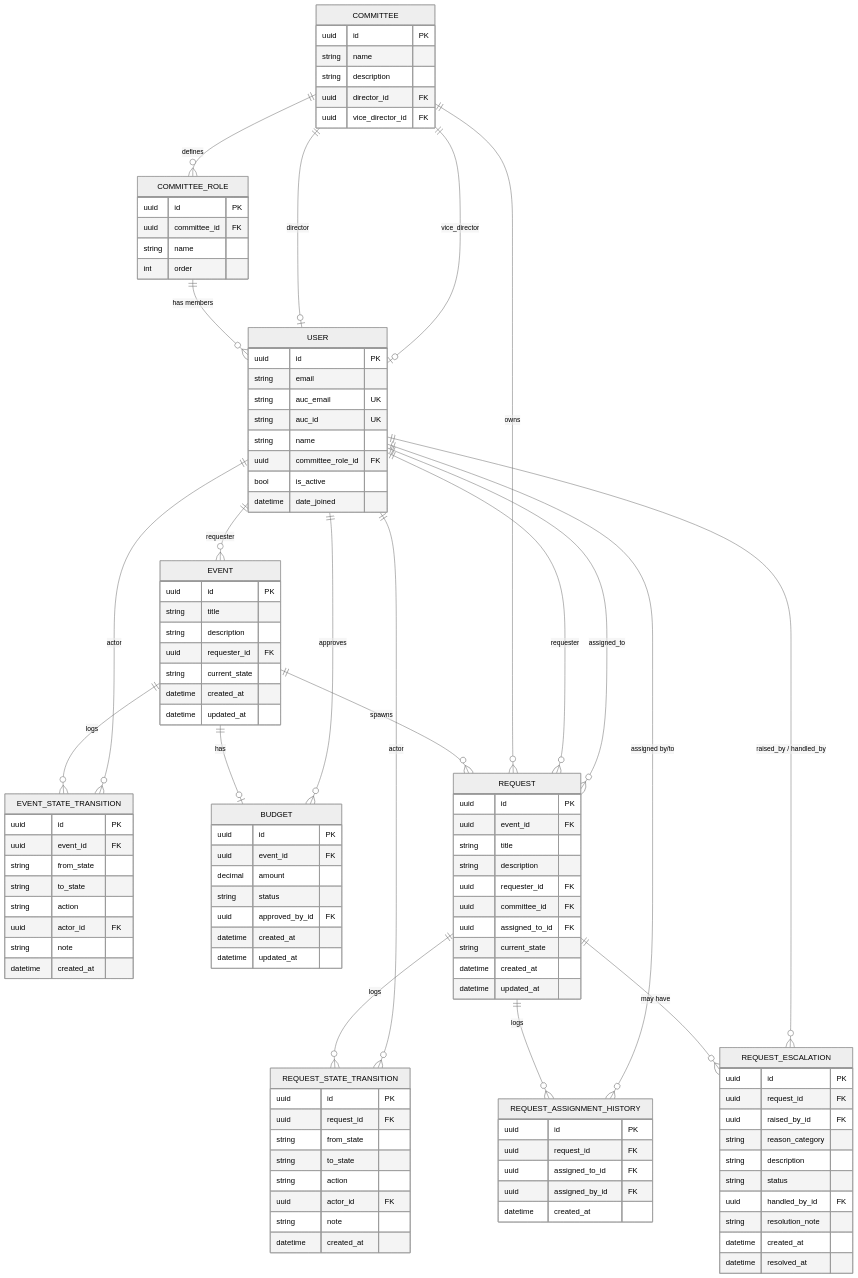
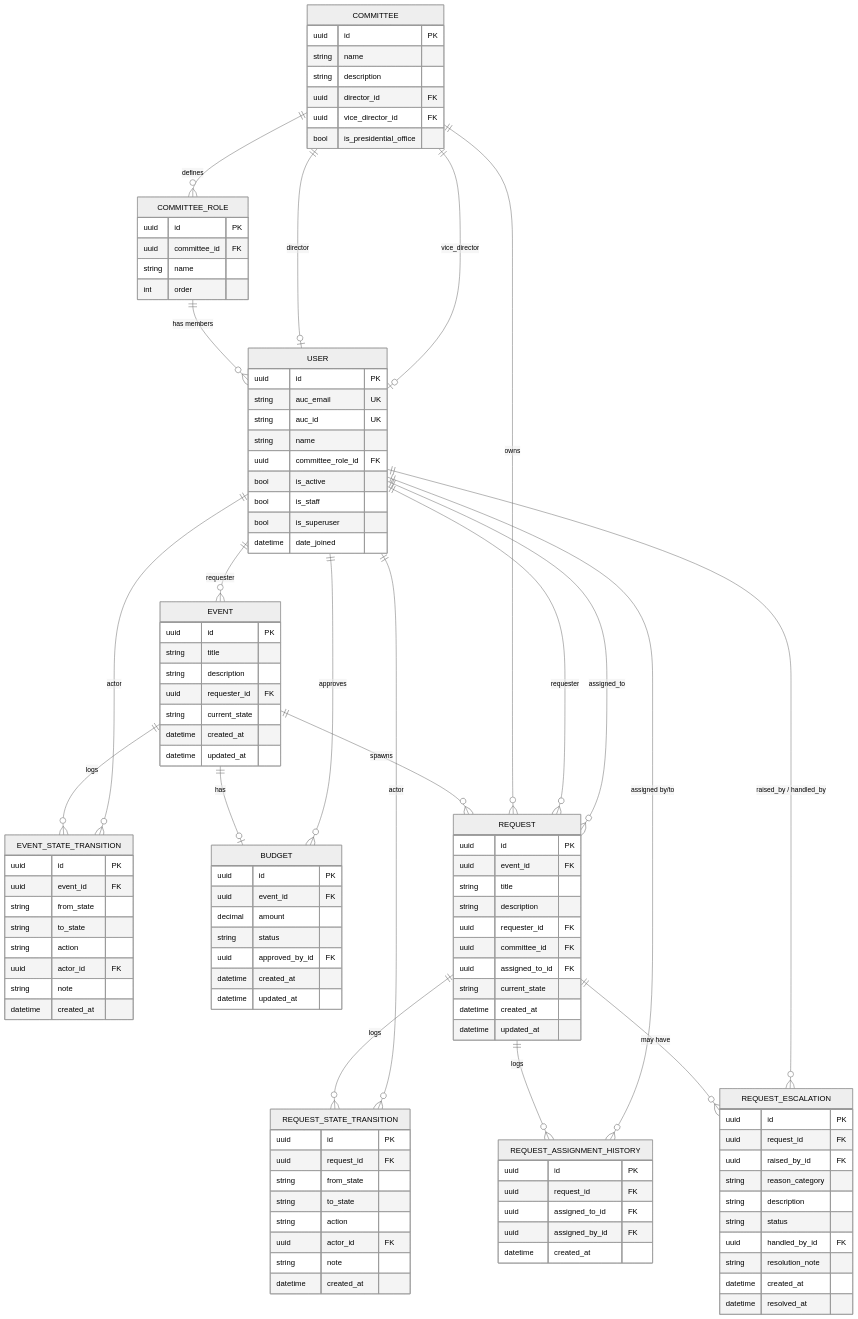
One commit to alyswillam-pixel/resala-platform changed the diagram in docs/diagrams/database/database-schema.mmd. Above: the diagram before and after it, drawn with Mermaid (neutral theme). The commit also changed 1 other file, not shown here.

Commit message:
docs(database): updating database-schema.mmd after admin privilages update

```diff
--- a/docs/diagrams/database/database-schema.mmd
+++ b/docs/diagrams/database/database-schema.mmd
@@ -1,113 +1,115 @@
 erDiagram
     COMMITTEE ||--o{ COMMITTEE_ROLE : "defines"
     COMMITTEE_ROLE ||--o{ USER : "has members"
     COMMITTEE ||--o| USER : "director"
     COMMITTEE ||--o| USER : "vice_director"
     USER ||--o{ EVENT : "requester"
     EVENT ||--o{ EVENT_STATE_TRANSITION : "logs"
     USER ||--o{ EVENT_STATE_TRANSITION : "actor"
     EVENT ||--o| BUDGET : "has"
     USER ||--o{ BUDGET : "approves"
     EVENT ||--o{ REQUEST : "spawns"
     COMMITTEE ||--o{ REQUEST : "owns"
     USER ||--o{ REQUEST : "requester"
     USER ||--o{ REQUEST : "assigned_to"
     REQUEST ||--o{ REQUEST_STATE_TRANSITION : "logs"
     USER ||--o{ REQUEST_STATE_TRANSITION : "actor"
     REQUEST ||--o{ REQUEST_ASSIGNMENT_HISTORY : "logs"
     USER ||--o{ REQUEST_ASSIGNMENT_HISTORY : "assigned by/to"
     REQUEST ||--o{ REQUEST_ESCALATION : "may have"
     USER ||--o{ REQUEST_ESCALATION : "raised_by / handled_by"
 
     COMMITTEE {
         uuid id PK
         string name
         string description
         uuid director_id FK
         uuid vice_director_id FK
+        bool is_presidential_office
     }
     USER {
         uuid id PK
-        string email
         string auc_email UK
         string auc_id UK
         string name
         uuid committee_role_id FK
         bool is_active
+        bool is_staff
+        bool is_superuser
         datetime date_joined
     }
     COMMITTEE_ROLE {
         uuid id PK
         uuid committee_id FK
         string name
         int order
     }
     EVENT {
         uuid id PK
         string title
         string description
         uuid requester_id FK
         string current_state
         datetime created_at
         datetime updated_at
     }
     EVENT_STATE_TRANSITION {
         uuid id PK
         uuid event_id FK
         string from_state
         string to_state
         string action
         uuid actor_id FK
         string note
         datetime created_at
     }
     BUDGET {
         uuid id PK
         uuid event_id FK
         decimal amount
         string status
         uuid approved_by_id FK
         datetime created_at
         datetime updated_at
     }
     REQUEST {
         uuid id PK
         uuid event_id FK
         string title
         string description
         uuid requester_id FK
         uuid committee_id FK
         uuid assigned_to_id FK
         string current_state
         datetime created_at
         datetime updated_at
     }
     REQUEST_STATE_TRANSITION {
         uuid id PK
         uuid request_id FK
         string from_state
         string to_state
         string action
         uuid actor_id FK
         string note
         datetime created_at
     }
     REQUEST_ASSIGNMENT_HISTORY {
         uuid id PK
         uuid request_id FK
         uuid assigned_to_id FK
         uuid assigned_by_id FK
         datetime created_at
     }
     REQUEST_ESCALATION {
         uuid id PK
         uuid request_id FK
         uuid raised_by_id FK
         string reason_category
         string description
         string status
         uuid handled_by_id FK
         string resolution_note
         datetime created_at
         datetime resolved_at
     }
```
